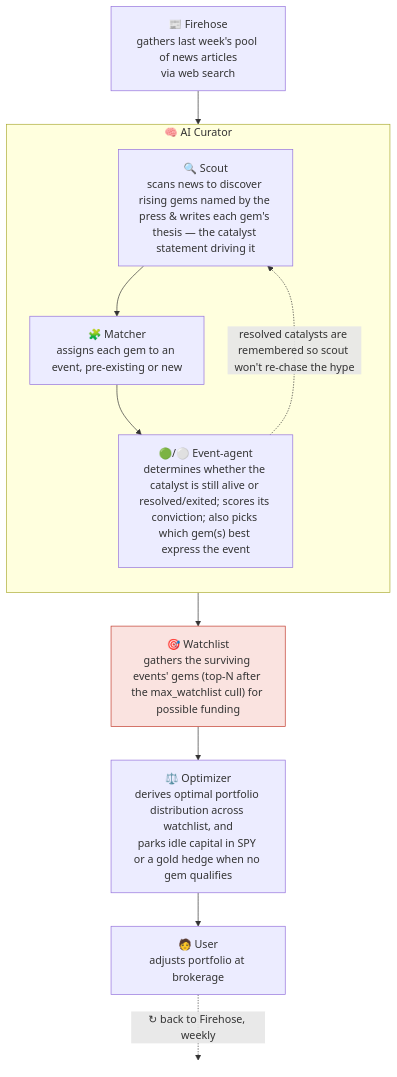
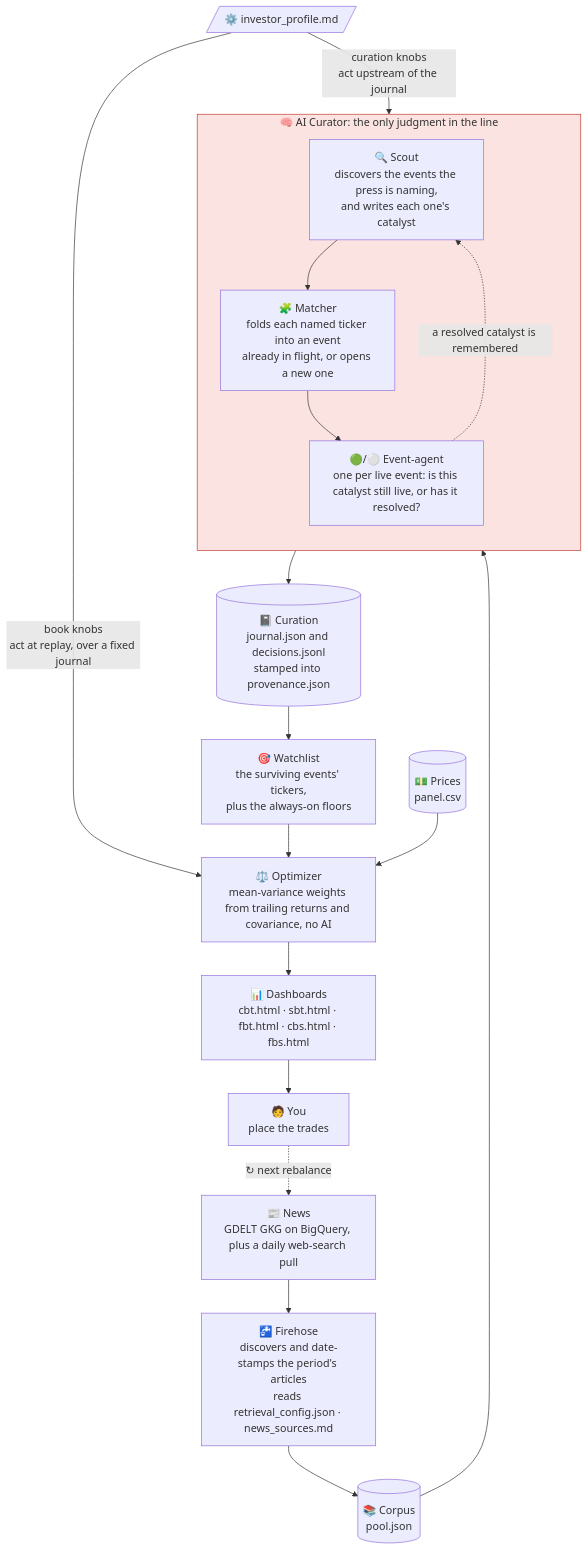
One commit to joehahn/geo-herd-rider changed the diagram in README.md. Above: the diagram before and after it, drawn with Mermaid. The commit also changed other lines of this file and 8 other files, not shown here.

````diff
--- a/README.md
+++ b/README.md
@@ -30,26 +31,33 @@
 ```mermaid
 flowchart TD
-    S["📰 Firehose<br/>gathers last week's pool of news articles<br/>via web search"]
-    S --> SC
+    N["📰 News<br/>GDELT GKG on BigQuery, plus a daily web-search pull"]
+    N --> FH
+    FH["🚰 Firehose<br/>discovers and date-stamps the period's articles<br/>reads retrieval_config.json · news_sources.md"]
+    FH --> POOL[("📚 Corpus<br/>pool.json")]
+    POOL --> SC
 
-    subgraph CUR["🧠 AI Curator"]
+    subgraph CUR["🧠 AI Curator: the only judgment in the line"]
       direction TB
-      SC["🔍 Scout<br/>scans news to discover rising gems named by the press & writes each gem's thesis — the catalyst statement driving it"]
-      MA["🧩 Matcher<br/>assigns each gem to an event, pre-existing or new"]
-      AG["🟢/⚪ Event-agent<br/>determines whether the catalyst is still alive or resolved/exited; scores its conviction; also picks which gem(s) best express the event"]
+      SC["🔍 Scout<br/>discovers the events the press is naming,<br/>and writes each one's catalyst"]
+      MA["🧩 Matcher<br/>folds each named ticker into an event<br/>already in flight, or opens a new one"]
+      AG["🟢/⚪ Event-agent<br/>one per live event: is this catalyst still live, or has it resolved?"]
       SC --> MA --> AG
     end
 
-    E["🎯 Watchlist<br/>gathers the surviving events' gems (top-N after the max_watchlist cull) for possible funding"]
-    W["⚖️ Optimizer<br/>derives optimal portfolio distribution across watchlist, and<br/>parks idle capital in SPY or a gold hedge when no gem qualifies"]
-    U["🧑 User<br/>adjusts portfolio at brokerage"]
+    PROF[/"⚙️ investor_profile.md"/]
+    PROF -->|"curation knobs<br/>act upstream of the journal"| SC
+    PROF -->|"book knobs<br/>act at replay, over a fixed journal"| OPT
 
-    AG --> E
-    AG -. "resolved catalysts are remembered so scout won't re-chase the hype" .-> SC
-    E --> W --> U
-    U -. "↻ back to Firehose, weekly" .-> X(( ))
-    style X fill:none,stroke:none
+    AG --> J[("📓 Curation<br/>journal.json and decisions.jsonl<br/>stamped into provenance.json")]
+    AG -. "a resolved catalyst is remembered" .-> SC
+    J --> WL
+    WL["🎯 Watchlist<br/>the surviving events' tickers,<br/>plus the always-on floors"]
+    WL --> OPT
+    PX[("💵 Prices<br/>panel.csv")] --> OPT
+    OPT["⚖️ Optimizer<br/>mean-variance weights from trailing returns and covariance, no AI"]
+    OPT --> D["📊 Dashboards<br/>cbt.html · sbt.html · fbt.html · cbs.html · fbs.html"]
+    D --> U["🧑 You<br/>place the trades"]
+    U -. "↻ next rebalance" .-> N
 
-    classDef bet fill:#fae3e0,stroke:#c0392b;
-    class E bet
+    style CUR fill:#fae3e0,stroke:#c0392b
 ```
````
